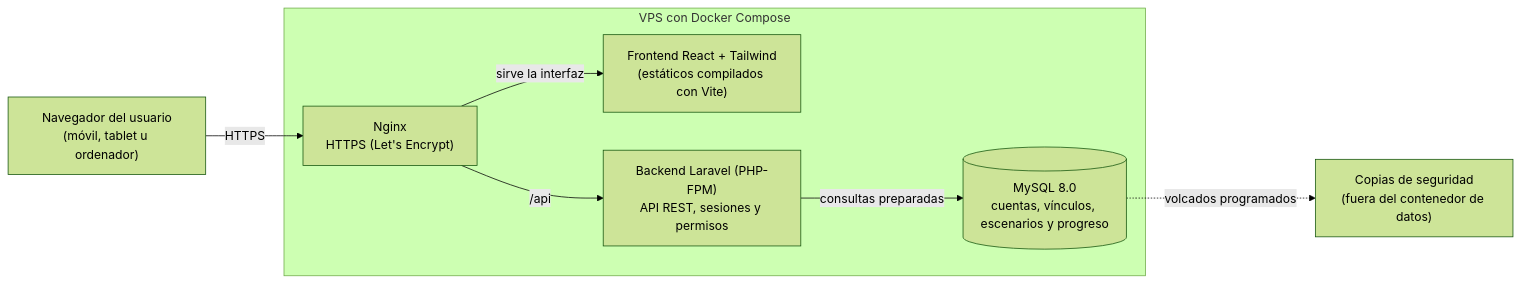
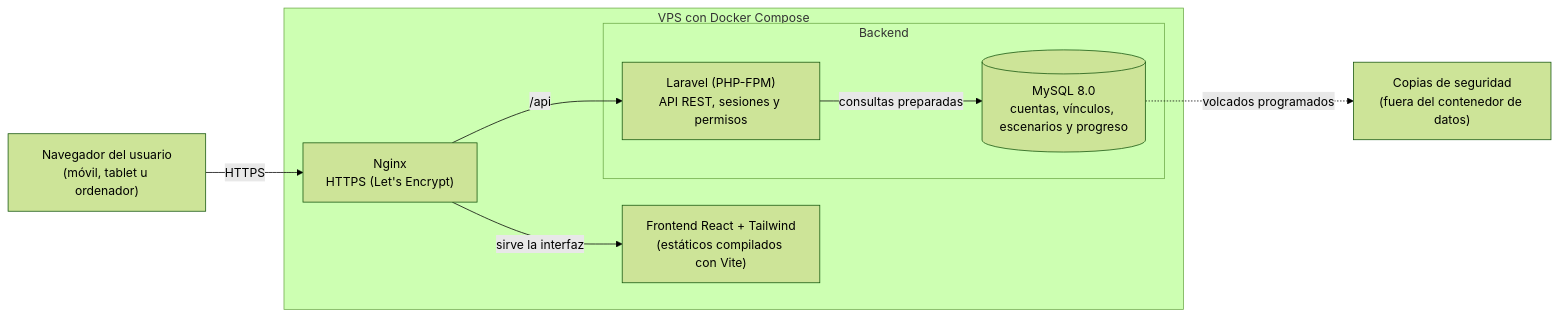
The diagram in docs/3.1-Planteamiento_Necesidades_y_Soluciones.md (irenepm777/PROYECTO-INTERMODULAR), drawn with Mermaid (forest theme) before and after one commit. The commit also changed other lines of this file, not shown here.

Commit message:
docs: merge database responsibilities into Backend

````diff
--- a/docs/3.1-Planteamiento_Necesidades_y_Soluciones.md
+++ b/docs/3.1-Planteamiento_Necesidades_y_Soluciones.md
@@ -157,16 +157,18 @@
 ```mermaid
 graph LR
     U["Navegador del usuario<br/>(móvil, tablet u ordenador)"]
     subgraph VPS ["VPS con Docker Compose"]
         N["Nginx<br/>HTTPS (Let's Encrypt)"]
         F["Frontend React + Tailwind<br/>(estáticos compilados con Vite)"]
-        B["Backend Laravel (PHP-FPM)<br/>API REST, sesiones y permisos"]
-        D[("MySQL 8.0<br/>cuentas, vínculos, escenarios y progreso")]
+        subgraph BE ["Backend"]
+            B["Laravel (PHP-FPM)<br/>API REST, sesiones y permisos"]
+            D[("MySQL 8.0<br/>cuentas, vínculos, escenarios y progreso")]
+        end
     end
     C["Copias de seguridad<br/>(fuera del contenedor de datos)"]
     U -->|"HTTPS"| N
     N -->|"sirve la interfaz"| F
     N -->|"/api"| B
     B -->|"consultas preparadas"| D
     D -.->|"volcados programados"| C
 ```
````
